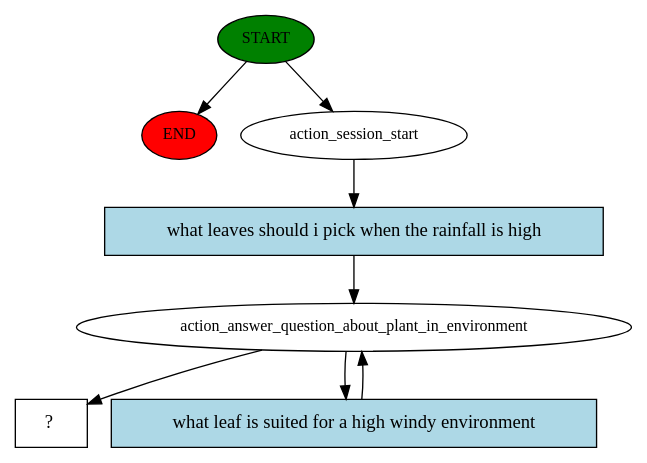
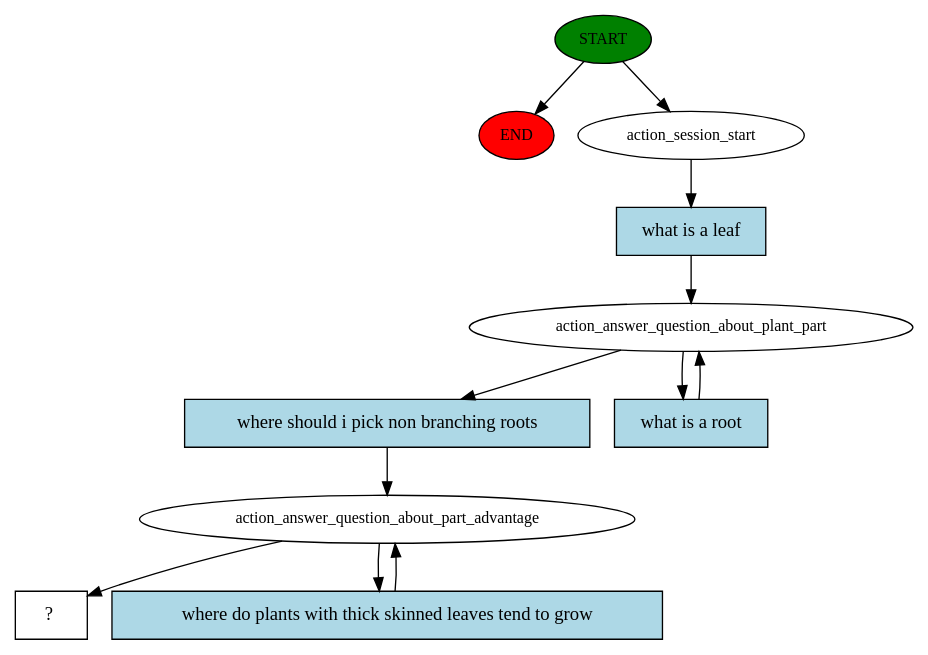
Before and after one commit to gozlen/virtual-assistant: the diagram in story_graph.dot, drawn with Graphviz. The commit also changed 4 other files, not shown here.

```diff
--- a/story_graph.dot
+++ b/story_graph.dot
@@ -1,16 +1,23 @@
 digraph  {
 0 [class="start active", fillcolor=green, fontsize=12, label=START, style=filled];
 "-1" [class=end, fillcolor=red, fontsize=12, label=END, style=filled];
 1 [class=active, fontsize=12, label=action_session_start];
-2 [class=active, fontsize=12, label=action_answer_question_about_plant_in_environment];
-4 [class="intent dashed active", label="  ?  ", shape=rect];
-5 [class="intent active", fillcolor=lightblue, label="what leaves should i pick when the rainfall is high", shape=rect, style=filled];
-6 [class="intent active", fillcolor=lightblue, label="what leaf is suited for a high windy environment", shape=rect, style=filled];
+2 [class=active, fontsize=12, label=action_answer_question_about_plant_part];
+4 [class=active, fontsize=12, label=action_answer_question_about_part_advantage];
+7 [class="intent dashed active", label="  ?  ", shape=rect];
+8 [class="intent active", fillcolor=lightblue, label="what is a leaf", shape=rect, style=filled];
+9 [class="intent active", fillcolor=lightblue, label="where should i pick non branching roots", shape=rect, style=filled];
+10 [class="intent active", fillcolor=lightblue, label="what is a root", shape=rect, style=filled];
+11 [class="intent active", fillcolor=lightblue, label="where do plants with thick skinned leaves tend to grow", shape=rect, style=filled];
 0 -> "-1"  [class="", key=NONE, label=""];
 0 -> 1  [class=active, key=NONE, label=""];
-1 -> 5  [class=active, key=0];
-2 -> 4  [class=active, key=NONE, label=""];
-2 -> 6  [class=active, key=0];
-5 -> 2  [class=active, key=0];
-6 -> 2  [class=active, key=0];
+1 -> 8  [class=active, key=0];
+2 -> 9  [class=active, key=0];
+2 -> 10  [class=active, key=0];
+4 -> 7  [class=active, key=NONE, label=""];
+4 -> 11  [class=active, key=0];
+8 -> 2  [class=active, key=0];
+9 -> 4  [class=active, key=0];
+10 -> 2  [class=active, key=0];
+11 -> 4  [class=active, key=0];
 }
```
